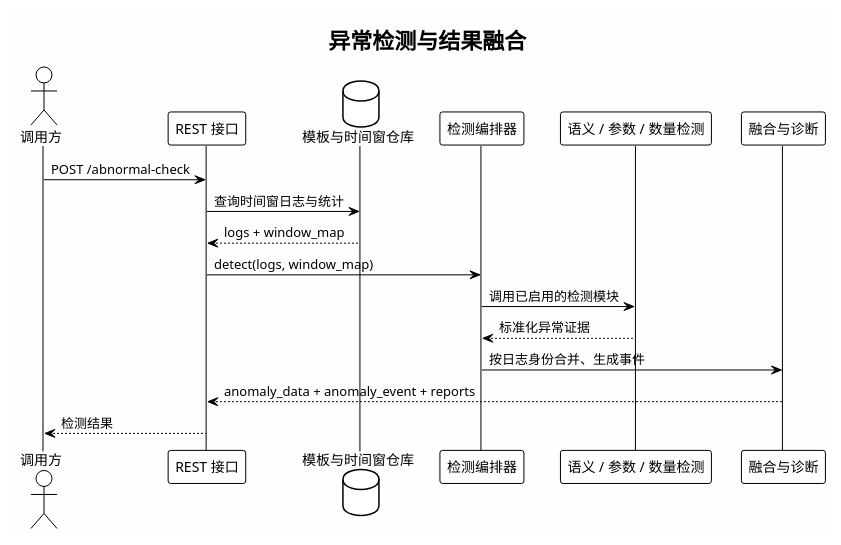
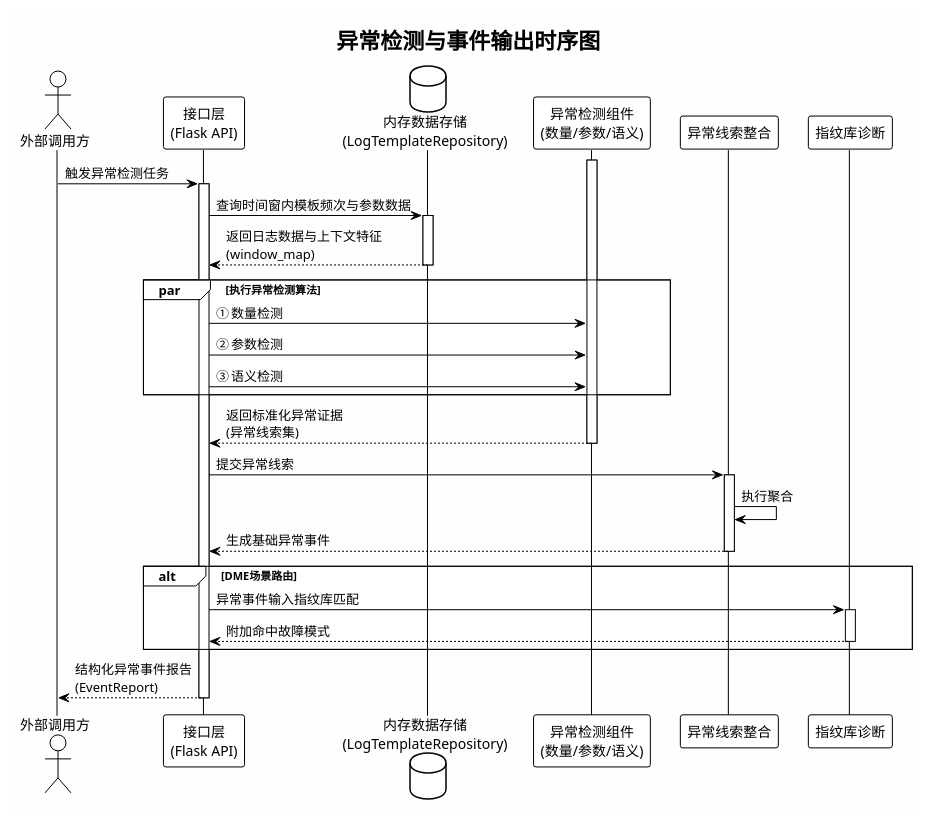
Before and after one commit to HouMonKy/TIG-PIPLUP: the third of 15 diagrams in LogNet3.0方案设计与实现文档.md, drawn with PlantUML. The commit also changed other lines of this file, not shown here.

````diff
--- a/LogNet3.0方案设计与实现文档.md
+++ b/LogNet3.0方案设计与实现文档.md
@@ -204,27 +156,51 @@
 ```plantuml
 @startuml LogNet3.0_Sequence_Detect
 !theme plain
 skinparam backgroundColor #FEFEFE
 skinparam shadowing false
+skinparam maxMessageSize 150
 
-title 异常检测与结果融合
+title 异常检测与事件输出时序图
 
-actor "调用方" as Caller
-participant "REST 接口" as API
-database "模板与时间窗仓库" as Repo
-participant "检测编排器" as Orchestrator
-participant "语义 / 参数 / 数量检测" as Detectors
-participant "融合与诊断" as Fusion
+actor "外部调用方" as Caller
+participant "接口层\n(Flask API)" as API
+database "内存数据存储\n(LogTemplateRepository)" as Repo
+participant "异常检测组件\n(数量/参数/语义)" as Detectors
+participant "异常线索整合" as EventAgg
+participant "指纹库诊断" as DME_Diag
 
-Caller -> API: POST /abnormal-check
-API -> Repo: 查询时间窗日志与统计
-Repo --> API: logs + window_map
-API -> Orchestrator: detect(logs, window_map)
-Orchestrator -> Detectors: 调用已启用的检测模块
-Detectors --> Orchestrator: 标准化异常证据
-Orchestrator -> Fusion: 按日志身份合并、生成事件
-Fusion --> API: anomaly_data + anomaly_event + reports
-API --> Caller: 检测结果
+Caller -> API: 触发异常检测任务
+activate API
+
+API -> Repo: 查询时间窗内模板频次与参数数据
+activate Repo
+Repo --> API: 返回日志数据与上下文特征 (window_map)
+deactivate Repo
+
+par 执行异常检测算法
+    API -> Detectors: ① 数量检测
+    API -> Detectors: ② 参数检测
+    API -> Detectors: ③ 语义检测
+end
+activate Detectors
+Detectors --> API: 返回标准化异常证据 (异常线索集)
+deactivate Detectors
+
+API -> EventAgg: 提交异常线索
+activate EventAgg
+EventAgg -> EventAgg: 执行聚合
+EventAgg --> API: 生成基础异常事件
+deactivate EventAgg
+
+alt DME场景路由
+    API -> DME_Diag: 异常事件输入指纹库匹配
+    activate DME_Diag
+    DME_Diag --> API: 附加命中故障模式
+    deactivate DME_Diag
+end
+
+API --> Caller: 结构化异常事件报告 (EventReport)
+deactivate API
 
 @enduml
 ```
````
